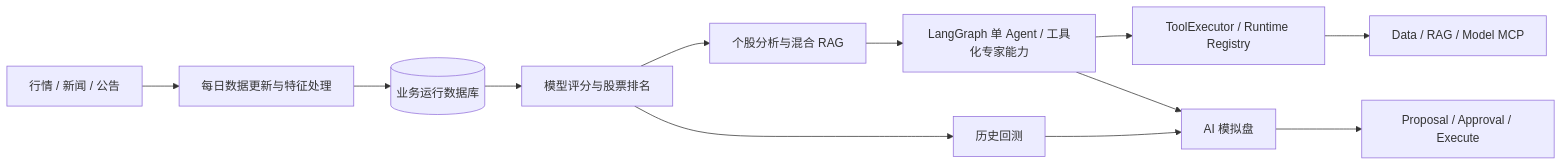
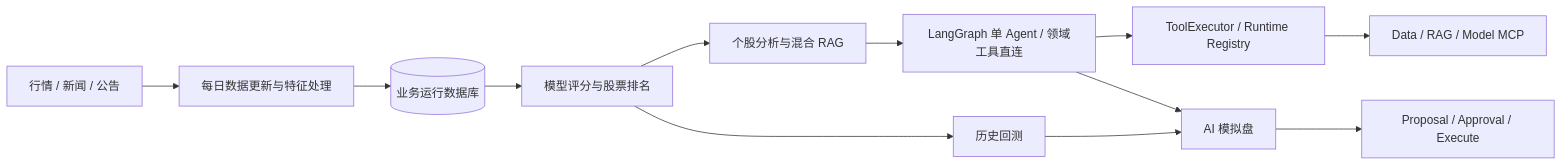
The second of 3 diagrams in README.md (lxh-boop/stock-agent-platform), drawn with Mermaid before and after one commit. The commit also changed other lines of this file and 14 other files, not shown here.

````diff
--- a/README.md
+++ b/README.md
@@ -99,14 +99,14 @@
 ```mermaid
 flowchart LR
     A["行情 / 新闻 / 公告"] --> B["每日数据更新与特征处理"]
     B --> C[("业务运行数据库")]
     C --> D["模型评分与股票排名"]
     D --> E["个股分析与混合 RAG"]
     D --> F["历史回测"]
-    E --> G["LangGraph 单 Agent / 工具化专家能力"]
+    E --> G["LangGraph 单 Agent / 领域工具直连"]
     G --> H["ToolExecutor / Runtime Registry"]
     H --> I["Data / RAG / Model MCP"]
     F --> J["AI 模拟盘"]
     G --> J
     J --> K["Proposal / Approval / Execute"]
 ```
````
